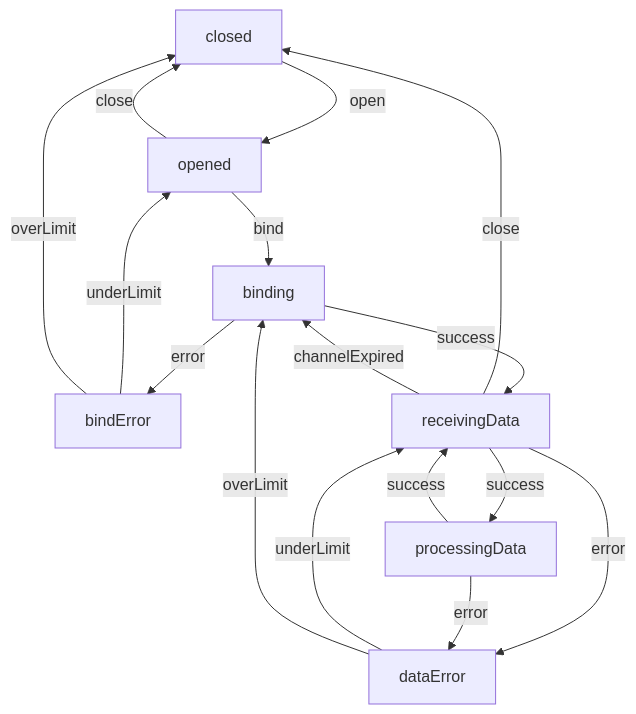
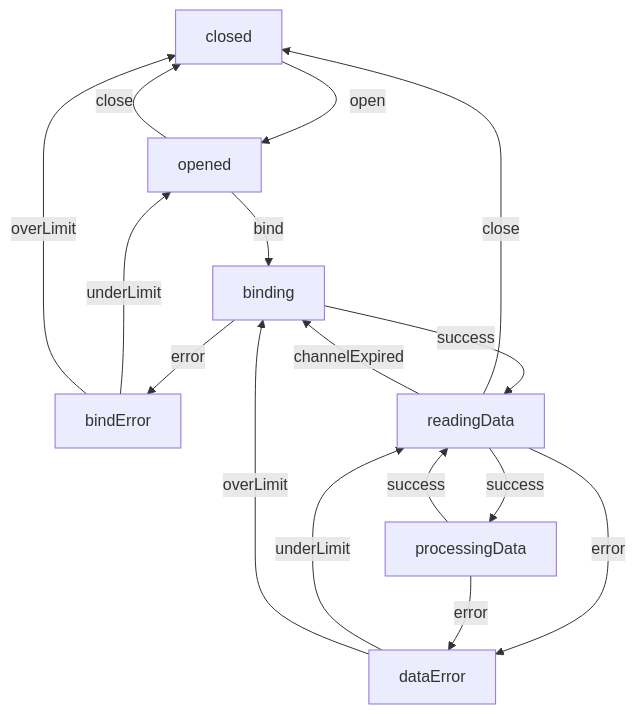
The diagram in statemachine.md (fruit-testbed/p2p-update), drawn with Mermaid before and after one commit. The commit also changed 1 other file, not shown here.

Commit message:
rename stateReceivingData -> stateReadingData

````diff
--- a/statemachine.md
+++ b/statemachine.md
@@ -3,18 +3,18 @@
 ```mermaid
 graph TD;
 	closed -->|open| opened;
 	opened -->|close| closed;
 	opened -->|bind| binding;
 	binding -->|error| bindError;
 	bindError -->|underLimit| opened;
 	bindError -->|overLimit| closed;
-	binding -->|success| receivingData;
-	receivingData -->|close| closed;
-	receivingData -->|success| processingData;
-	receivingData -->|error| dataError;
-	receivingData -->|channelExpired| binding;
-	processingData -->|success| receivingData;
+	binding -->|success| readingData;
+	readingData -->|close| closed;
+	readingData -->|success| processingData;
+	readingData -->|error| dataError;
+	readingData -->|channelExpired| binding;
+	processingData -->|success| readingData;
 	processingData -->|error| dataError;
-	dataError -->|underLimit| receivingData;
+	dataError -->|underLimit| readingData;
 	dataError -->|overLimit| binding;
 ```
````
